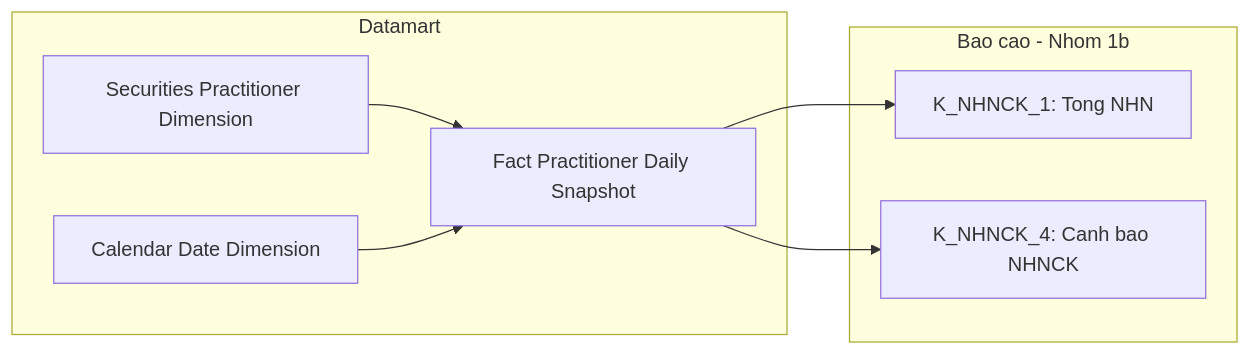
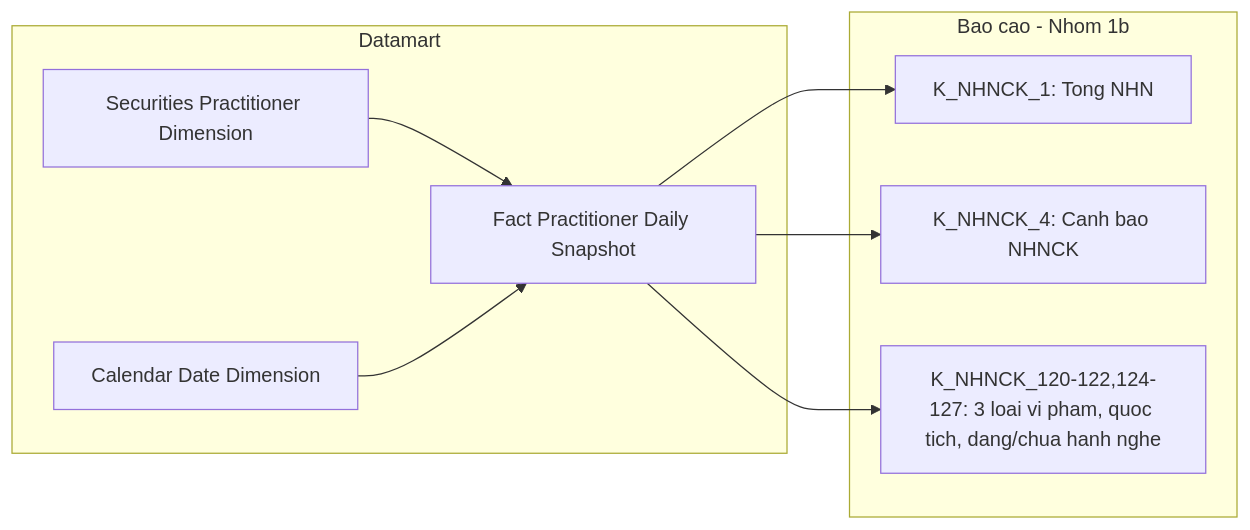
Before and after one commit to linhlvit/ubck_atomic_design: diagram 15 of 40 in Datamart/hld/DTM_NHNCK_HLD.md, drawn with Mermaid. The commit also changed other lines of this file and 16 other files, not shown here.

First line of the commit message:
feat(nhnck): cap nhat thiet ke datamart nhnck theo ba mapping uat moi va doi driving table opr_practitioner_list_company_role

````diff
--- a/Datamart/hld/DTM_NHNCK_HLD.md
+++ b/Datamart/hld/DTM_NHNCK_HLD.md
@@ -606,16 +623,18 @@
 ```mermaid
 flowchart LR
     subgraph GOLD["Datamart"]
         fct_practitioner_daily_snpst["Fact Practitioner Daily Snapshot"]
         securities_practitioner_dim["Securities Practitioner Dimension"]
         cdr_dt_dim["Calendar Date Dimension"]
     end
     subgraph RPT["Bao cao - Nhom 1b"]
         R1["K_NHNCK_1: Tong NHN"]
         R2["K_NHNCK_4: Canh bao NHNCK"]
+        R3["K_NHNCK_120-122,124-127: 3 loai vi pham, quoc tich, dang/chua hanh nghe"]
     end
     fct_practitioner_daily_snpst --> R1
     fct_practitioner_daily_snpst --> R2
+    fct_practitioner_daily_snpst --> R3
     securities_practitioner_dim --> fct_practitioner_daily_snpst
     cdr_dt_dim --> fct_practitioner_daily_snpst
 ```
````
